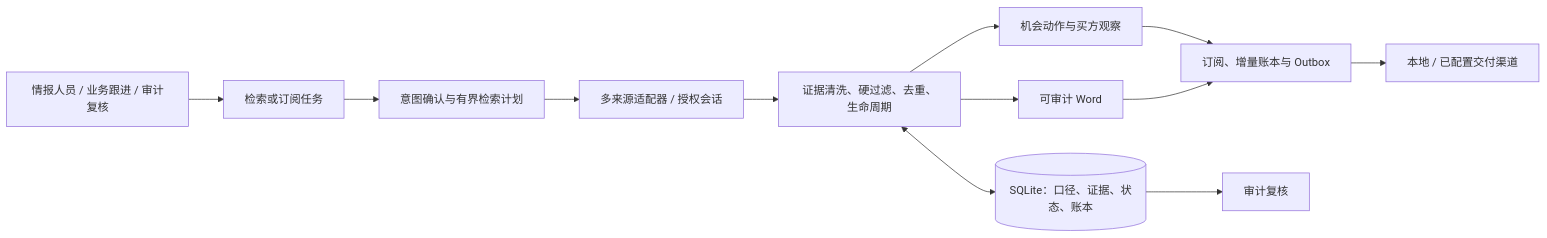
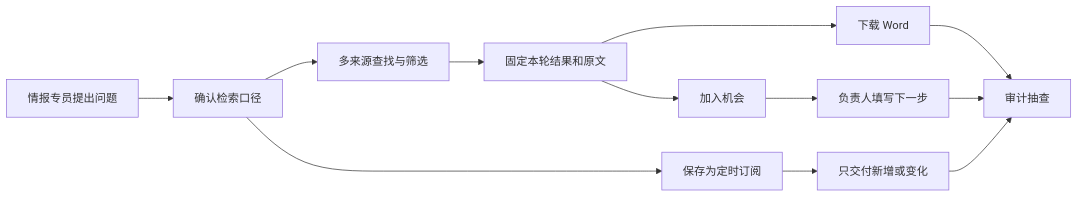
The first of 4 diagrams in docs/详设文档.md (gitchw/bidpilot), drawn with Mermaid before and after one commit. The commit also changed other lines of this file and 55 other files, not shown here.

````diff
--- a/docs/详设文档.md
+++ b/docs/详设文档.md
@@ -69,14 +29,14 @@
 ```mermaid
 flowchart LR
-    U["情报人员 / 业务跟进 / 审计复核"] --> Q["检索或订阅任务"]
-    Q --> I["意图确认与有界检索计划"]
-    I --> A["多来源适配器 / 授权会话"]
-    A --> E["证据清洗、硬过滤、去重、生命周期"]
-    E --> O["机会动作与买方观察"]
-    E --> R["可审计 Word"]
-    O --> S["订阅、增量账本与 Outbox"]
-    R --> S
-    S --> D["本地 / 已配置交付渠道"]
-    E <--> DB[("SQLite：口径、证据、状态、账本")]
-    DB --> AU["审计复核"]
+    A["情报专员提出问题"] --> B["确认检索口径"]
+    B --> C["多来源查找与筛选"]
+    C --> D["固定本轮结果和原文"]
+    D --> E["下载 Word"]
+    D --> F["加入机会"]
+    F --> G["负责人填写下一步"]
+    B --> H["保存为定时订阅"]
+    H --> I["只交付新增或变化"]
+    E --> J["审计抽查"]
+    G --> J
+    I --> J
 ```
````
